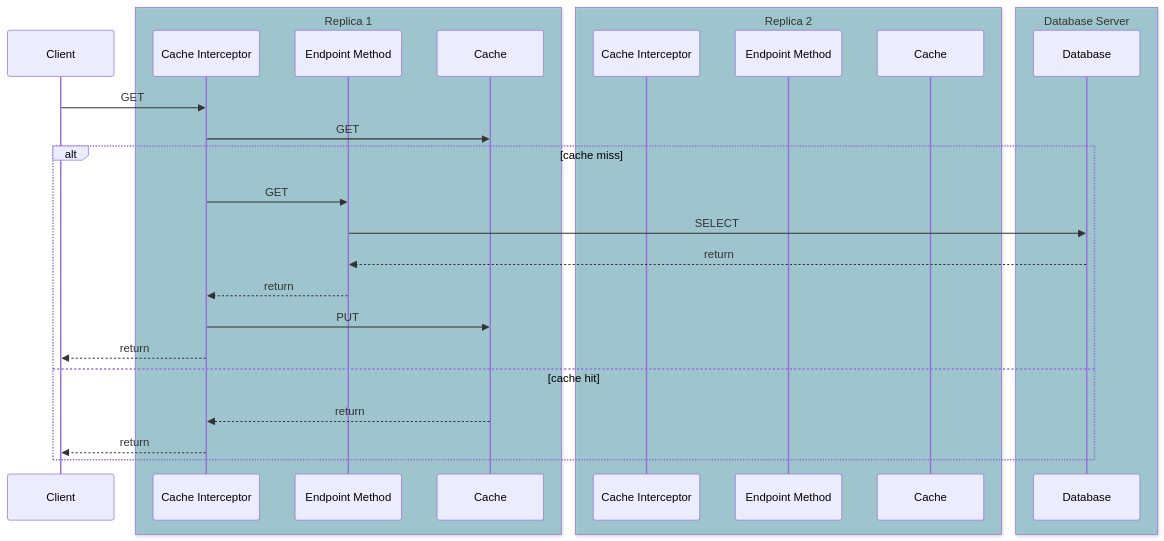
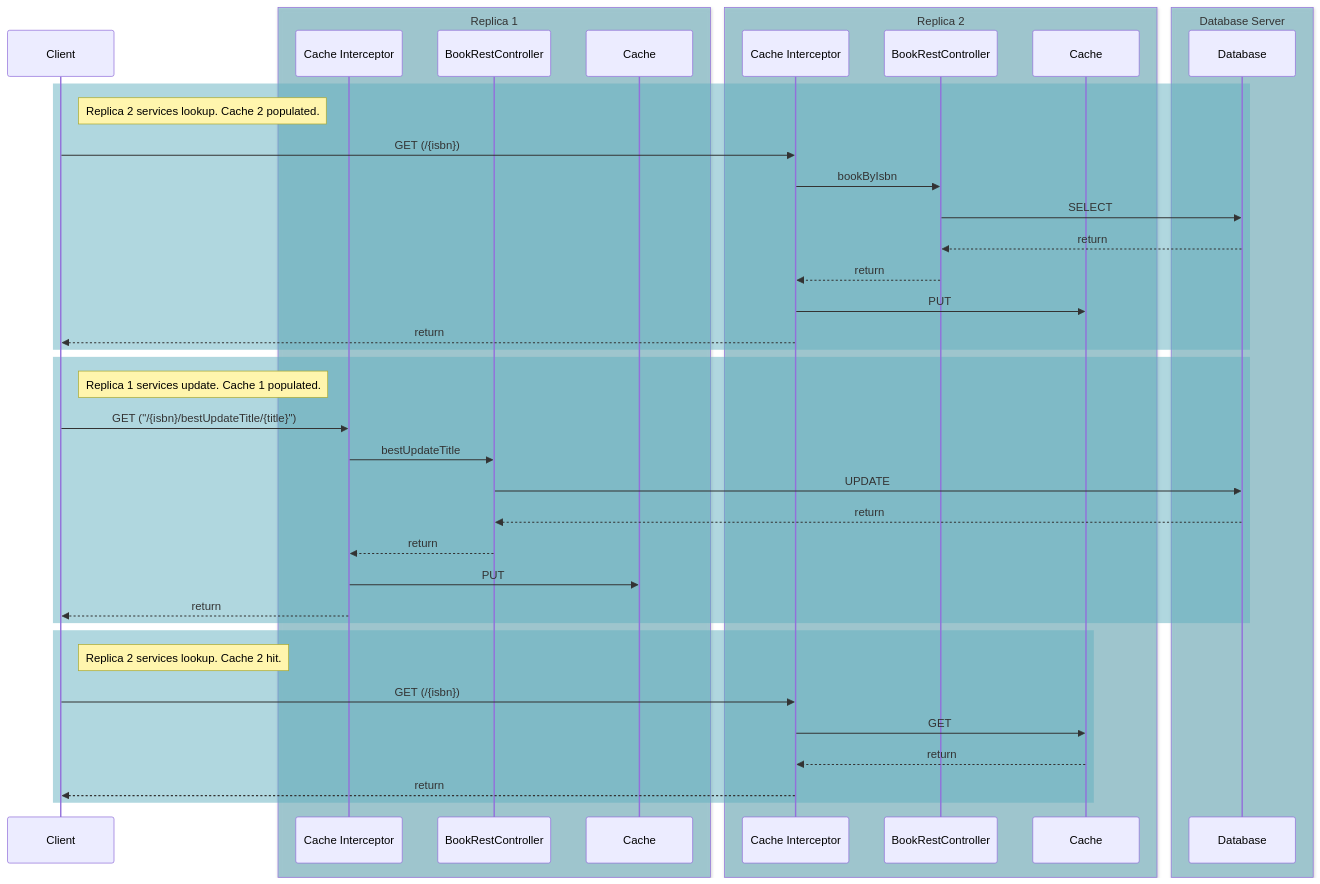
One commit to emacdona/onlispBookClub changed the fourth of 6 diagrams in projects/blog/_posts/2024-06-25-spring-cacheable.markdown. Above: the diagram before and after it, drawn with Mermaid. The commit also changed other lines of this file, not shown here.

Commit message:
Updated second sequence diagram (more detailed)

````diff
--- a/projects/blog/_posts/2024-06-25-spring-cacheable.markdown
+++ b/projects/blog/_posts/2024-06-25-spring-cacheable.markdown
@@ -398,30 +398,47 @@
 ```mermaid!
 sequenceDiagram
     participant B as Client
     box rgba(98, 175, 192, 0.5) Replica 1
         participant CI as Cache Interceptor
-        participant EM as Endpoint Method
+        participant EM as BookRestController
         participant C as Cache
     end
     box rgba(98, 175, 192, 0.5) Replica 2
         participant CI2 as Cache Interceptor
-        participant EM2 as Endpoint Method
+        participant EM2 as BookRestController
         participant C2 as Cache
     end
     box rgba(98, 175, 192, 0.5) Database Server
         participant DB as Database
     end
-    B->>CI: GET
-    CI->>C: GET
-    alt cache miss
-        CI->>EM: GET
-        EM->>DB:SELECT
-        DB-->>EM: return
-        EM-->>CI: return
-        CI->>C: PUT
-        CI-->>B: return
-    else cache hit
-        C-->>CI: return
-        CI-->>B: return
+    
+    rect rgba(98, 175, 192, 0.5)
+    note right of B: Replica 2 services lookup. Cache 2 populated.
+    B->>CI2: GET (/{isbn})
+    CI2->>EM2: bookByIsbn
+    EM2->>DB:SELECT
+    DB-->>EM2: return
+    EM2-->>CI2: return
+    CI2->>C2: PUT
+    CI2-->>B: return
+    end
+
+    rect rgba(98, 175, 192, 0.5)
+    note right of B: Replica 1 services update. Cache 1 populated.
+    B->>CI: GET ("/{isbn}/bestUpdateTitle/{title}")
+    CI->>EM: bestUpdateTitle
+    EM->>DB:UPDATE
+    DB-->>EM: return
+    EM-->>CI: return
+    CI->>C: PUT
+    CI-->>B: return
+    end
+
+    rect rgba(98, 175, 192, 0.5)
+    note right of B: Replica 2 services lookup. Cache 2 hit.
+    B->>CI2: GET (/{isbn})
+    CI2->>C2: GET
+        C2-->>CI2: return
+        CI2-->>B: return
     end
 ```
````
